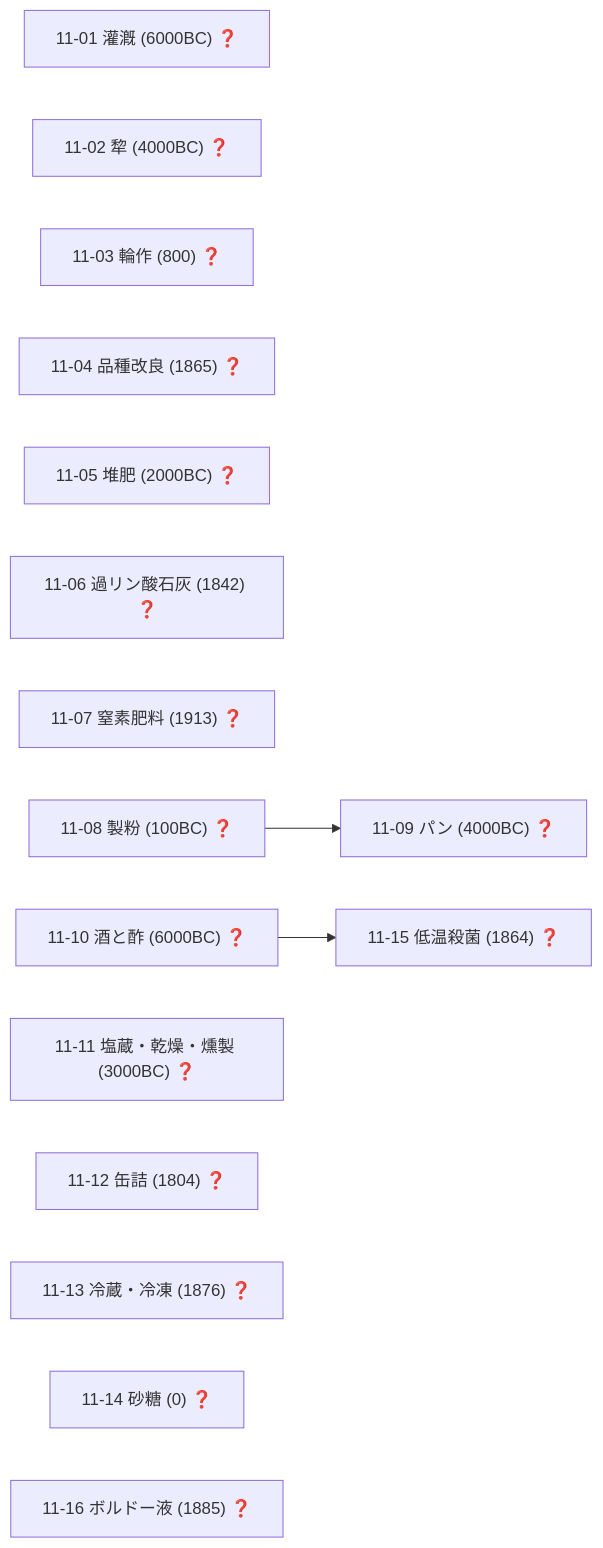
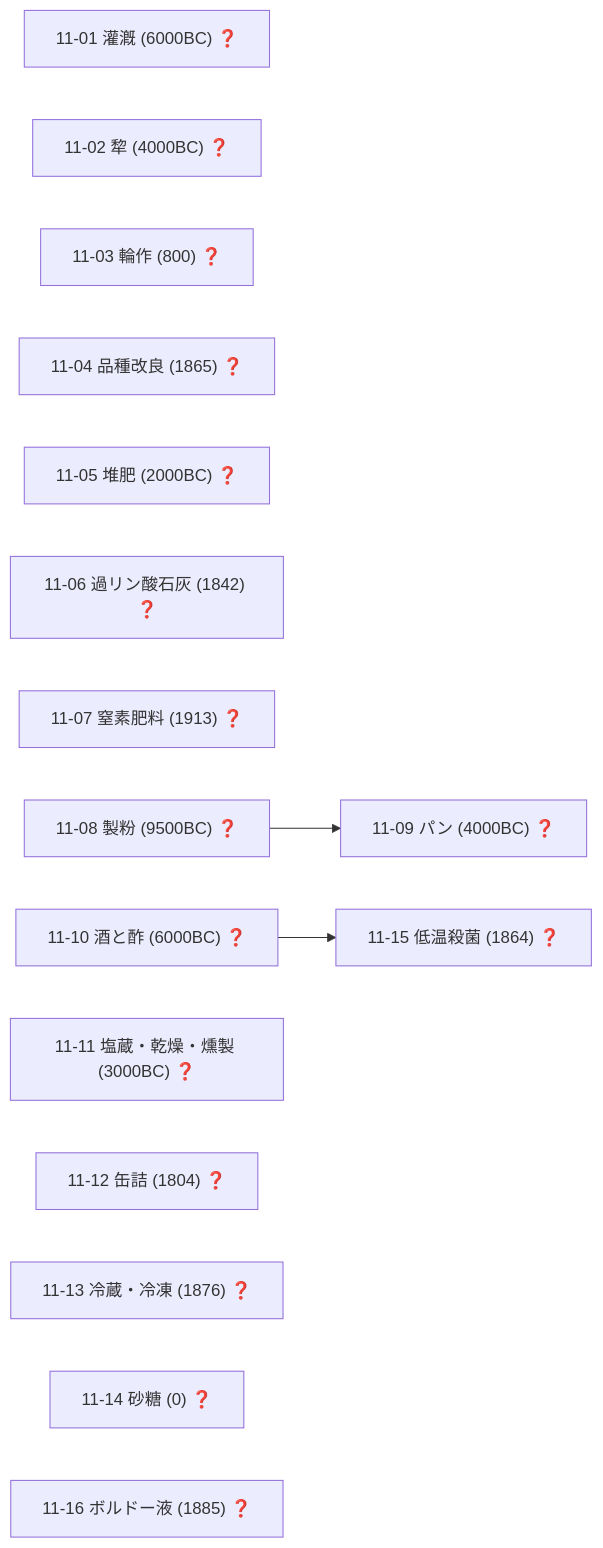
Before and after one commit to taku3i0317-collab/semiconductor-lab: diagram 14 of 19 in docs/TECH_TREE_VIEW.md, drawn with Mermaid. The commit also changed other lines of this file and 7 other files, not shown here.

````diff
--- a/docs/TECH_TREE_VIEW.md
+++ b/docs/TECH_TREE_VIEW.md
@@ -671,21 +672,21 @@
 ```mermaid
 graph LR
   n11_01["11-01 灌漑 (6000BC) ❓"]
   n11_02["11-02 犂 (4000BC) ❓"]
   n11_03["11-03 輪作 (800) ❓"]
   n11_04["11-04 品種改良 (1865) ❓"]
   n11_05["11-05 堆肥 (2000BC) ❓"]
   n11_06["11-06 過リン酸石灰 (1842) ❓"]
   n11_07["11-07 窒素肥料 (1913) ❓"]
-  n11_08["11-08 製粉 (100BC) ❓"]
+  n11_08["11-08 製粉 (9500BC) ❓"]
   n11_09["11-09 パン (4000BC) ❓"]
   n11_10["11-10 酒と酢 (6000BC) ❓"]
   n11_11["11-11 塩蔵・乾燥・燻製 (3000BC) ❓"]
   n11_12["11-12 缶詰 (1804) ❓"]
   n11_13["11-13 冷蔵・冷凍 (1876) ❓"]
   n11_14["11-14 砂糖 (0) ❓"]
   n11_15["11-15 低温殺菌 (1864) ❓"]
   n11_16["11-16 ボルドー液 (1885) ❓"]
   n11_08-->n11_09
   n11_10-->n11_15
 ```
````
